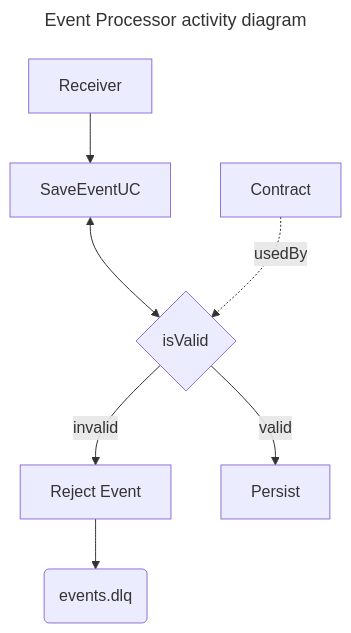
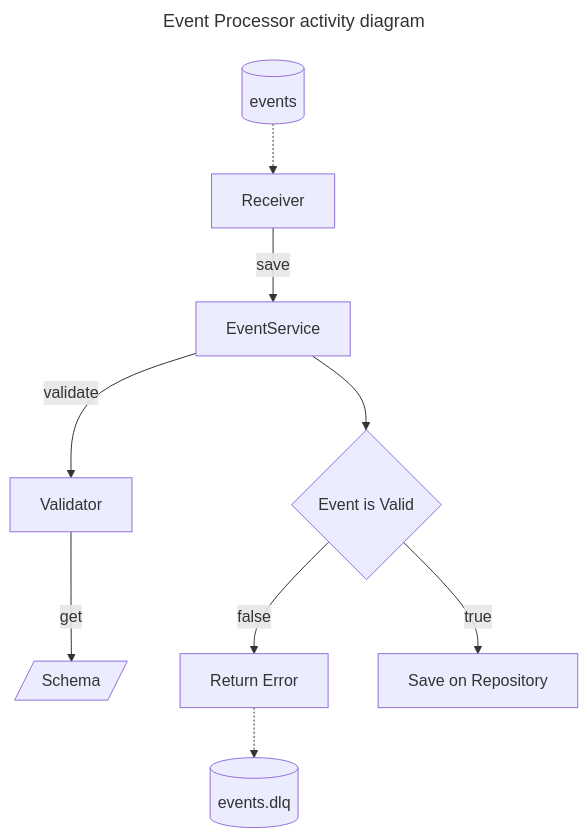
One commit to periclescesar/event-processor changed the second of 2 diagrams in README.md. Above: the diagram before and after it, drawn with Mermaid.

Commit message:
docs(readme): update activity diagram

````diff
--- a/README.md
+++ b/README.md
@@ -37,14 +37,14 @@
 ```mermaid
 ---
 title: Event Processor activity diagram
 ---
 flowchart TD
-    R[Receiver]    --> UC
-    UC[SaveEventUC] <--> V
-    V{isValid}
-    C[Contract]    -.usedBy.-> V
-    
-    V --invalid--> RV[Reject Event]
-    V --valid--> P[Persist]
-    RV[Reject Event] --> DLQ(events.dlq)
+    EV[(events)] -.-> R
+    R[Receiver]    --save--> US
+    US[EventService] --validate--> Vt
+    Vt[Validator] --get--> C[/Schema/]
+    US --> V
+    V{Event is Valid} --false--> RE[Reject Event]
+    V --true--> P[Save on Repository]
+    RE[Return Error] -.-> DLQ[(events.dlq)]
 ```
````
